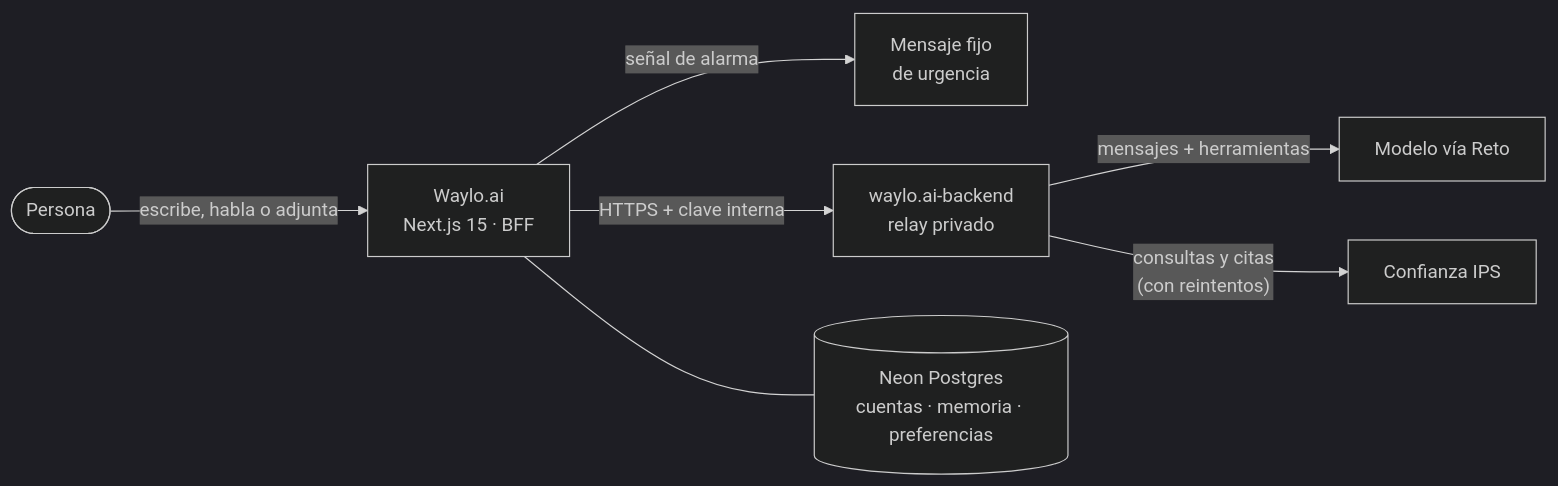
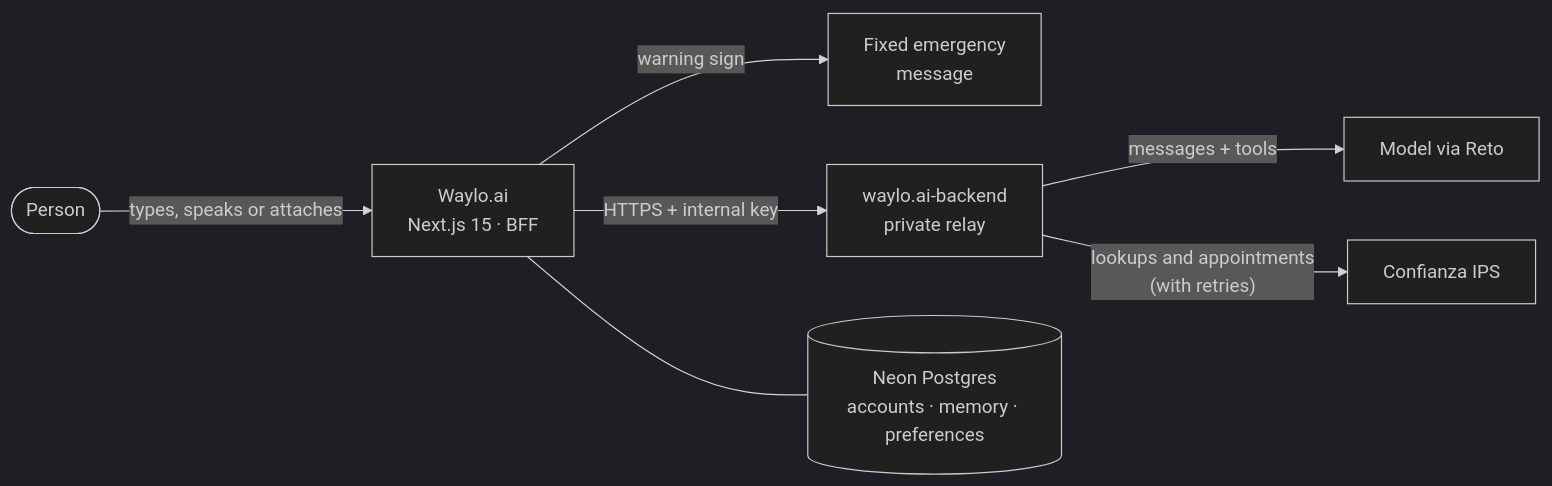
Before and after one commit to GustavoAdolfoNavarroPacheco/waylo.ai: the first of 2 diagrams in README.md, drawn with Mermaid (dark theme). The commit also changed other lines of this file and 34 other files, not shown here.

````diff
--- a/README.md
+++ b/README.md
@@ -153,9 +137,9 @@
 ```mermaid
 flowchart LR
-  P(["Persona"]) -->|"escribe, habla o adjunta"| W["Waylo.ai<br/>Next.js 15 · BFF"]
-  W -->|"señal de alarma"| R["Mensaje fijo<br/>de urgencia"]
-  W -->|"HTTPS + clave interna"| B["waylo.ai-backend<br/>relay privado"]
-  B -->|"mensajes + herramientas"| M["Modelo vía Reto"]
-  B -->|"consultas y citas<br/>(con reintentos)"| C["Confianza IPS"]
-  W --- D[("Neon Postgres<br/>cuentas · memoria · preferencias")]
+  P(["Person"]) -->|"types, speaks or attaches"| W["Waylo.ai<br/>Next.js 15 · BFF"]
+  W -->|"warning sign"| R["Fixed emergency<br/>message"]
+  W -->|"HTTPS + internal key"| B["waylo.ai-backend<br/>private relay"]
+  B -->|"messages + tools"| M["Model via Reto"]
+  B -->|"lookups and appointments<br/>(with retries)"| C["Confianza IPS"]
+  W --- D[("Neon Postgres<br/>accounts · memory · preferences")]
 ```
````
